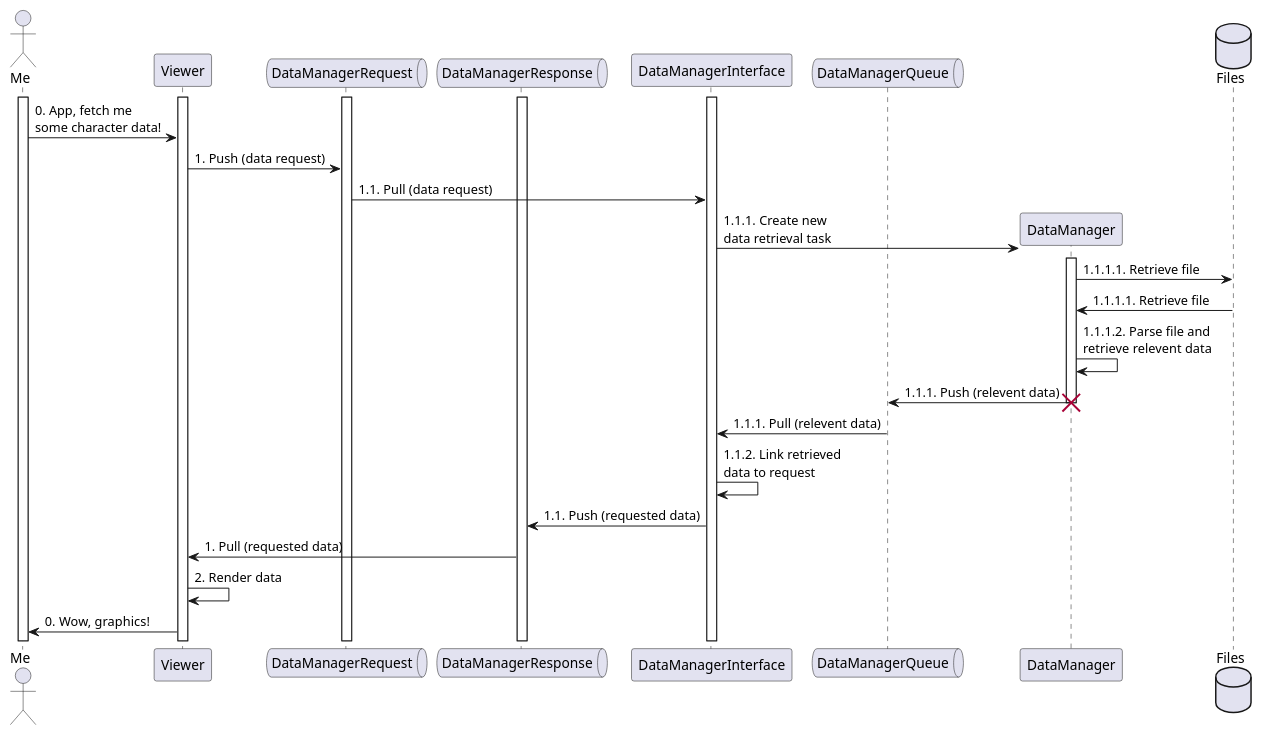
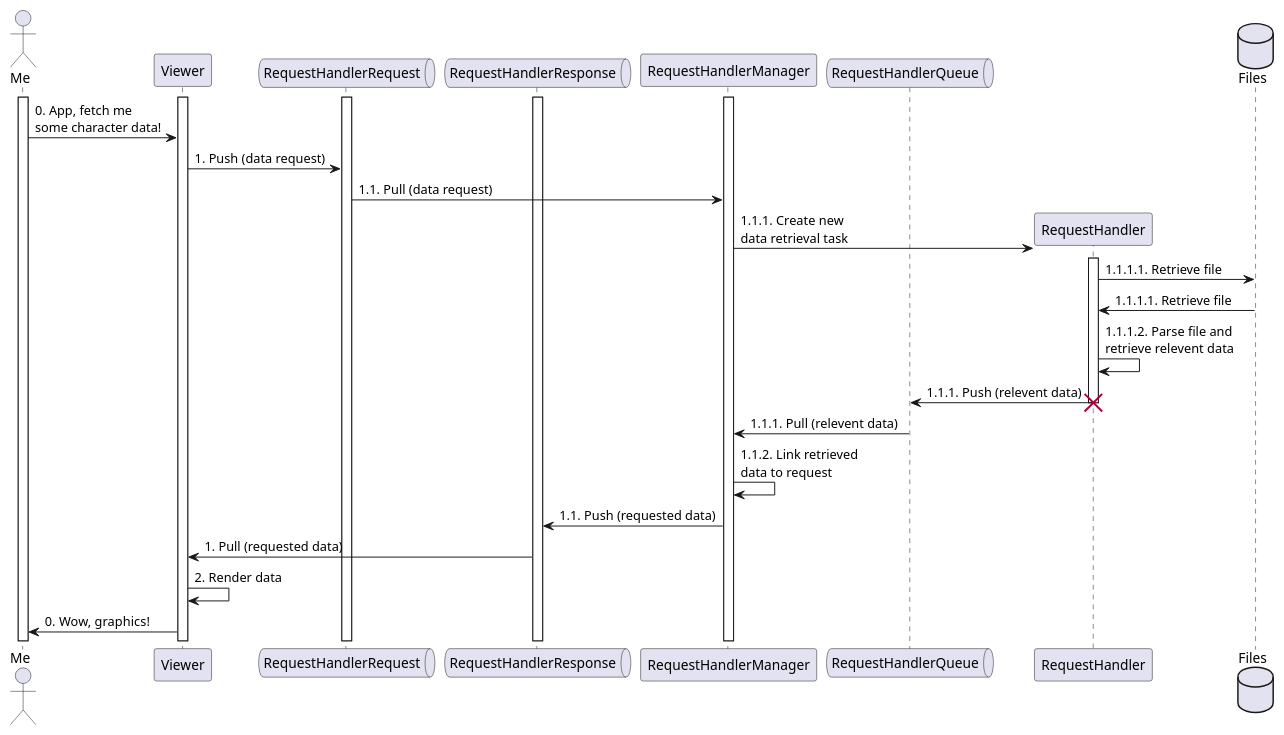
Before and after one commit to NMeswania/DnD_App: the diagram in doc/diagrams/src/sequence.puml, drawn with PlantUML. The commit also changed 11 other files, not shown here.

Commit message:
rENAMe data manager classes to request handler

```diff
--- a/doc/diagrams/src/sequence.puml
+++ b/doc/diagrams/src/sequence.puml
@@ -1,46 +1,46 @@
 @startuml normal_sequence
 
 actor Me
 
 participant Viewer
-queue DataManagerRequest
-queue DataManagerResponse
-participant DataManagerInterface
-queue DataManagerQueue
-participant DataManager
+queue RequestHandlerRequest
+queue RequestHandlerResponse
+participant RequestHandlerManager
+queue RequestHandlerQueue
+participant RequestHandler
 database Files
 
 activate Me
 activate Viewer
-activate DataManagerInterface
-activate DataManagerRequest
-activate DataManagerResponse
+activate RequestHandlerManager
+activate RequestHandlerRequest
+activate RequestHandlerResponse
 
 Me -> Viewer : 0. App, fetch me\nsome character data!
 
-Viewer -> DataManagerRequest : 1. Push (data request)
-DataManagerRequest -> DataManagerInterface : 1.1. Pull (data request)
+Viewer -> RequestHandlerRequest : 1. Push (data request)
+RequestHandlerRequest -> RequestHandlerManager : 1.1. Pull (data request)
 
-create DataManager
-DataManagerInterface -> DataManager : 1.1.1. Create new\ndata retrieval task
-activate DataManager
+create RequestHandler
+RequestHandlerManager -> RequestHandler : 1.1.1. Create new\ndata retrieval task
+activate RequestHandler
 
-DataManager -> Files : 1.1.1.1. Retrieve file
-Files -> DataManager : 1.1.1.1. Retrieve file
-DataManager -> DataManager : 1.1.1.2. Parse file and\nretrieve relevent data
-DataManager -> DataManagerQueue : 1.1.1. Push (relevent data)
+RequestHandler -> Files : 1.1.1.1. Retrieve file
+Files -> RequestHandler : 1.1.1.1. Retrieve file
+RequestHandler -> RequestHandler : 1.1.1.2. Parse file and\nretrieve relevent data
+RequestHandler -> RequestHandlerQueue : 1.1.1. Push (relevent data)
 
-deactivate DataManager
-destroy DataManager
+deactivate RequestHandler
+destroy RequestHandler
 
-DataManagerQueue -> DataManagerInterface : 1.1.1. Pull (relevent data)
-DataManagerInterface -> DataManagerInterface : 1.1.2. Link retrieved\ndata to request
+RequestHandlerQueue -> RequestHandlerManager : 1.1.1. Pull (relevent data)
+RequestHandlerManager -> RequestHandlerManager : 1.1.2. Link retrieved\ndata to request
 
-DataManagerInterface -> DataManagerResponse : 1.1. Push (requested data)
-DataManagerResponse -> Viewer : 1. Pull (requested data)
+RequestHandlerManager -> RequestHandlerResponse : 1.1. Push (requested data)
+RequestHandlerResponse -> Viewer : 1. Pull (requested data)
 
 Viewer -> Viewer : 2. Render data
 
 Viewer -> Me : 0. Wow, graphics!
 
 @enduml
```
